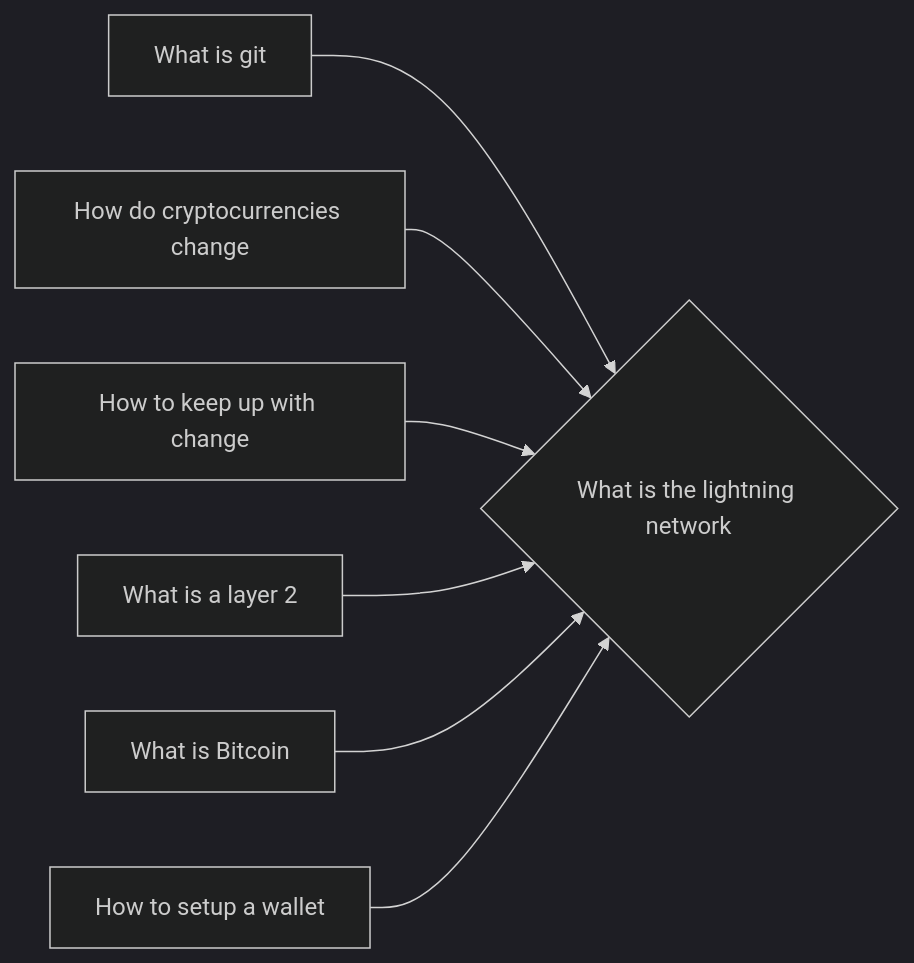
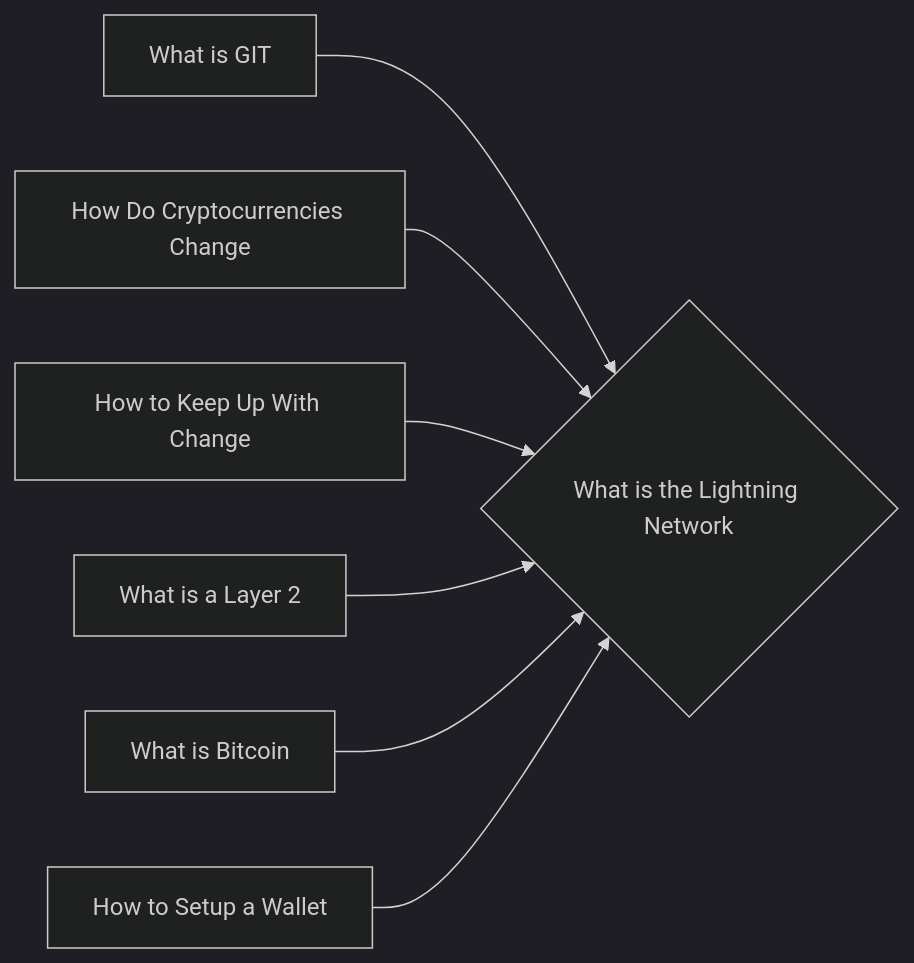
The diagram in notes/What_is_the_Lightning_Network.md (lpurdy01/crypto-knowledge-map), drawn with Mermaid (dark theme) before and after one commit. The commit also changed 50 other files, not shown here.

````diff
--- a/notes/What_is_the_Lightning_Network.md
+++ b/notes/What_is_the_Lightning_Network.md
@@ -21,9 +21,9 @@
 ```mermaid
 graph LR
-1["What is git"]-->0{"What is the lightning network"}
-2["How do cryptocurrencies change"]-->0{"What is the lightning network"}
-3["How to keep up with change"]-->0{"What is the lightning network"}
-4["What is a layer 2"]-->0{"What is the lightning network"}
-5["What is Bitcoin"]-->0{"What is the lightning network"}
-6["How to setup a wallet"]-->0{"What is the lightning network"}
+1["What is GIT"]-->0{"What is the Lightning Network"}
+2["How Do Cryptocurrencies Change"]-->0{"What is the Lightning Network"}
+3["How to Keep Up With Change"]-->0{"What is the Lightning Network"}
+4["What is a Layer 2"]-->0{"What is the Lightning Network"}
+5["What is Bitcoin"]-->0{"What is the Lightning Network"}
+6["How to Setup a Wallet"]-->0{"What is the Lightning Network"}
 ```
````
